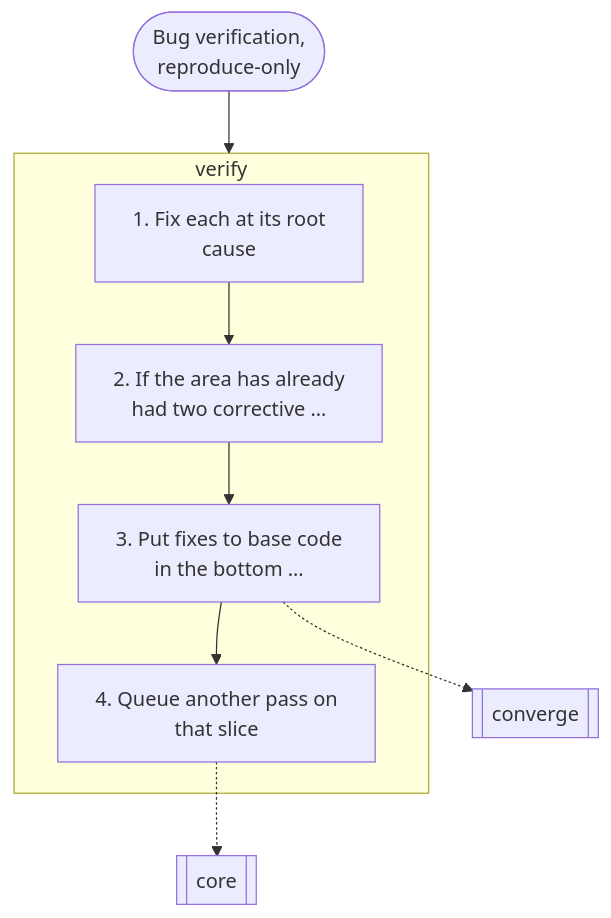
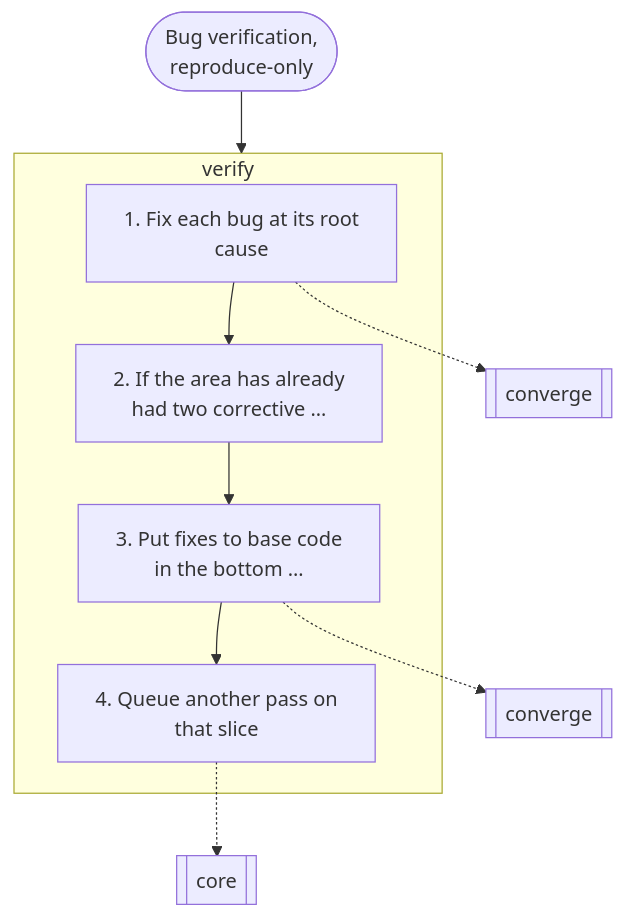
The eighth of 14 diagrams in docs/graphs.md (nitedani/mergeworthy), drawn with Mermaid before and after one commit. The commit also changed other lines of this file and 16 other files, not shown here.

````diff
--- a/docs/graphs.md
+++ b/docs/graphs.md
@@ -223,16 +237,17 @@
 ```mermaid
 flowchart TB
   start(["Bug verification,<br/>reproduce-only"])
   subgraph g0["verify"]
-    s0["1. Fix each at its root<br/>cause"]
+    s0["1. Fix each bug at its root<br/>cause"]
     s1["2. If the area has already<br/>had two corrective …"]
     s0 --> s1
     s2["3. Put fixes to base code<br/>in the bottom …"]
     s1 --> s2
     s3["4. Queue another pass on<br/>that slice"]
     s2 --> s3
   end
-  s2 -.-> r1[["converge"]]
-  s3 -.-> r2[["core"]]
+  s0 -.-> r1[["converge"]]
+  s2 -.-> r2[["converge"]]
+  s3 -.-> r3[["core"]]
   start --> g0
 ```
````
